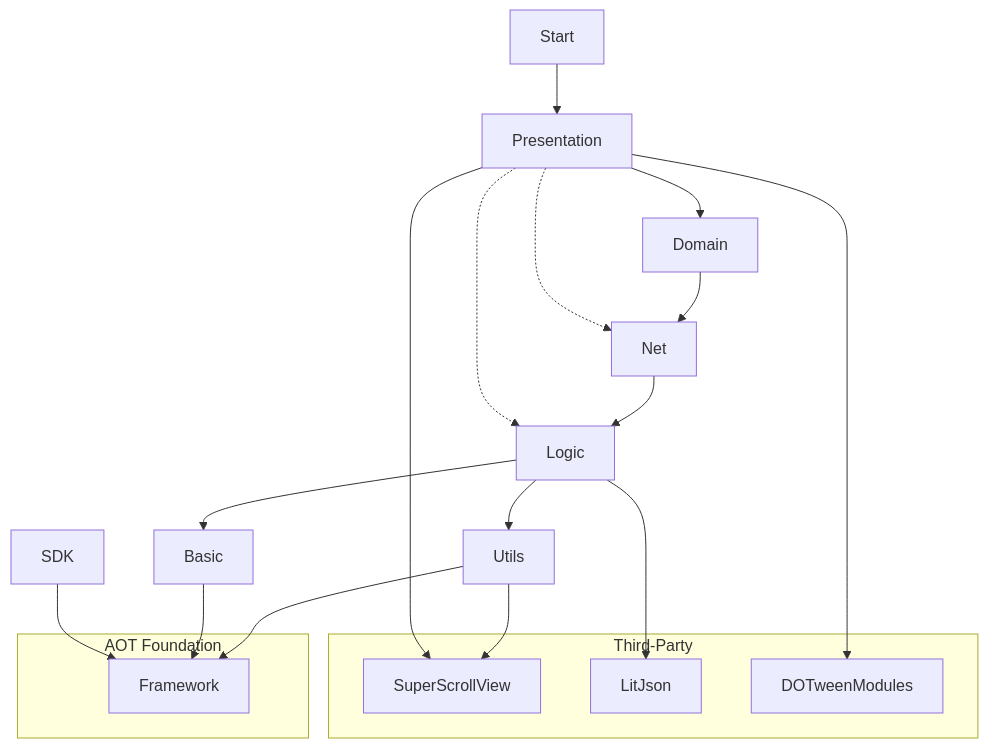
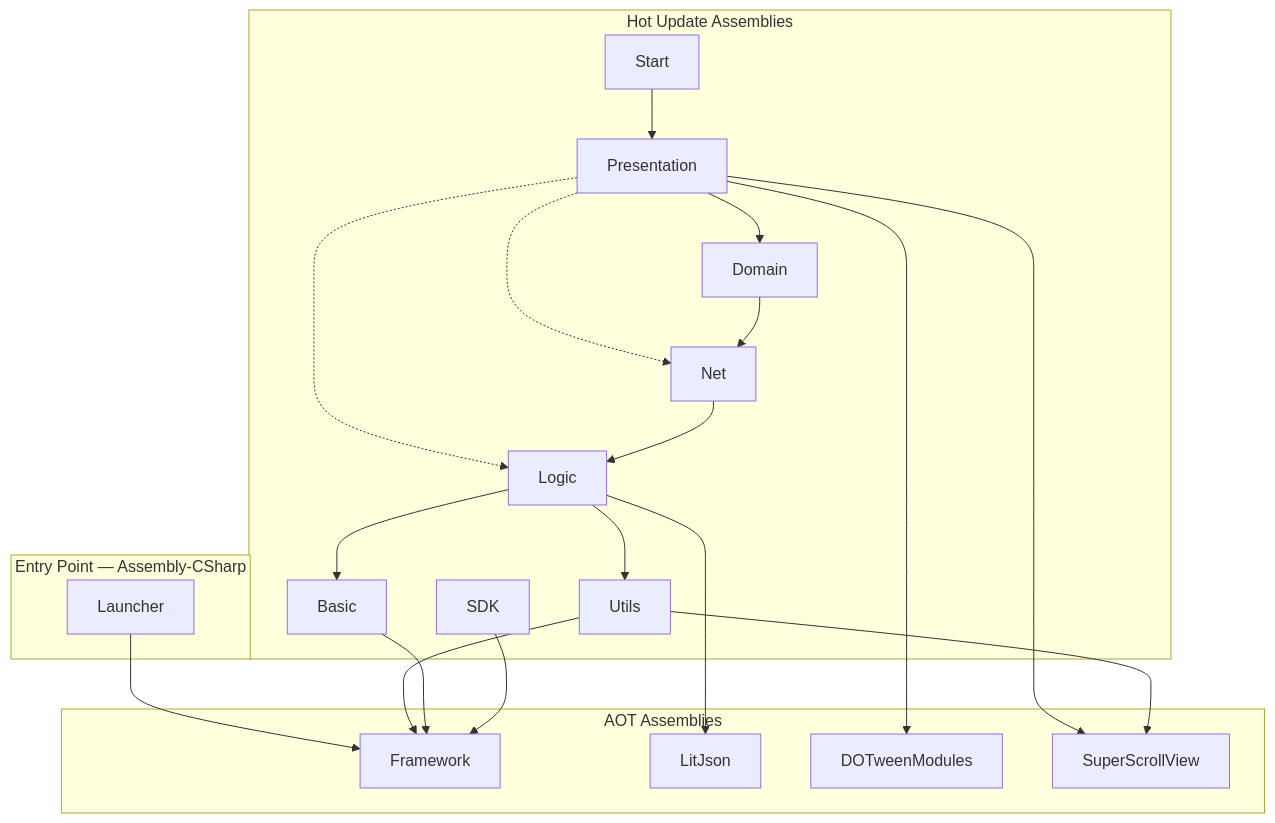
Before and after one commit to zlex001/LOA-Client: the second of 6 diagrams in Documents/Architecture/客户端分层架构.md, drawn with Mermaid. The commit also changed other lines of this file and 1 other file, not shown here.

````diff
--- a/Documents/Architecture/客户端分层架构.md
+++ b/Documents/Architecture/客户端分层架构.md
@@ -529,27 +552,42 @@
 ```mermaid
 graph TB
-    subgraph foundation [AOT Foundation]
+    subgraph entry ["Entry Point — Assembly-CSharp"]
+        Launcher[Launcher]
+    end
+
+    subgraph hotUpdate ["Hot Update Assemblies"]
+        Start[Start]
+        Presentation[Presentation]
+        Domain[Domain]
+        Net[Net]
+        Logic[Logic]
+        Utils[Utils]
+        Basic[Basic]
+        SDK[SDK]
+    end
+
+    subgraph aot ["AOT Assemblies"]
         Framework[Framework]
-    end
-    subgraph thirdParty [Third-Party]
-        SuperScrollView[SuperScrollView]
         LitJson[LitJson]
         DOTweenModules[DOTweenModules]
+        SuperScrollView[SuperScrollView]
     end
 
-    Utils --> Framework
-    Utils --> SuperScrollView
-    Basic --> Framework
-    Logic --> Utils
-    Logic --> Basic
-    Logic --> LitJson
-    Net --> Logic
-    Domain --> Net
+    Launcher --> Framework
+
+    Start --> Presentation
     Presentation --> Domain
     Presentation -.-> Logic
     Presentation -.-> Net
     Presentation --> DOTweenModules
     Presentation --> SuperScrollView
-    Start --> Presentation
+    Domain --> Net
+    Net --> Logic
+    Logic --> Utils
+    Logic --> Basic
+    Logic --> LitJson
+    Utils --> Framework
+    Utils --> SuperScrollView
+    Basic --> Framework
     SDK --> Framework
 ```
````
